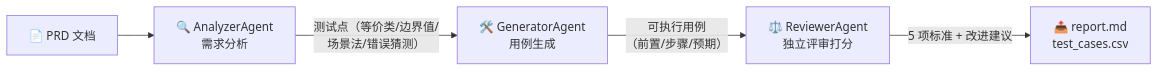
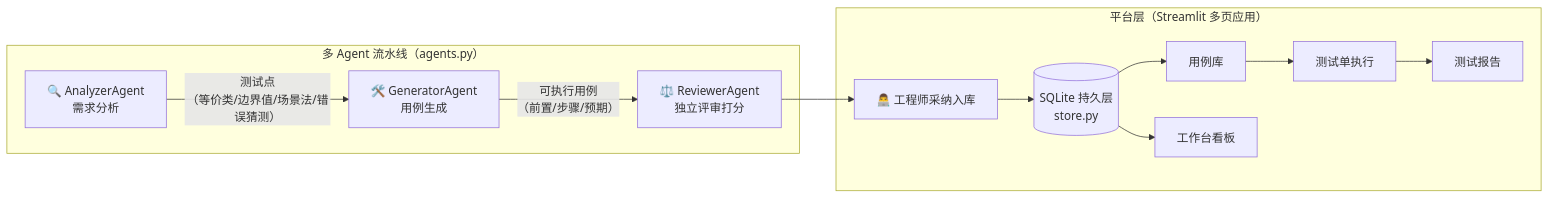
One commit to shian555/testcase-agent changed the diagram in README.md. Above: the diagram before and after it, drawn with Mermaid. The commit also changed other lines of this file and 21 other files, not shown here.

````diff
--- a/README.md
+++ b/README.md
@@ -24,7 +50,13 @@
 ```mermaid
 flowchart LR
-    P["📄 PRD 文档"] --> A["🔍 AnalyzerAgent<br/>需求分析"]
-    A -- "测试点（等价类/边界值/<br/>场景法/错误猜测）" --> G["🛠️ GeneratorAgent<br/>用例生成"]
-    G -- "可执行用例<br/>（前置/步骤/预期）" --> R["⚖️ ReviewerAgent<br/>独立评审打分"]
-    R -- "5 项标准 + 改进建议" --> O["📤 report.md<br/>test_cases.csv"]
+    subgraph Agents["多 Agent 流水线（agents.py）"]
+        A["🔍 AnalyzerAgent<br/>需求分析"] -- "测试点<br/>（等价类/边界值/场景法/错误猜测）" --> G["🛠️ GeneratorAgent<br/>用例生成"]
+        G -- "可执行用例<br/>（前置/步骤/预期）" --> R["⚖️ ReviewerAgent<br/>独立评审打分"]
+    end
+    subgraph Platform["平台层（Streamlit 多页应用）"]
+        U["👨‍💻 工程师采纳入库"] --> DB[("SQLite 持久层<br/>store.py")]
+        DB --> LIB["用例库"] --> RUN["测试单执行"] --> REP["测试报告"]
+        DB --> DASH["工作台看板"]
+    end
+    R --> U
 ```
````
